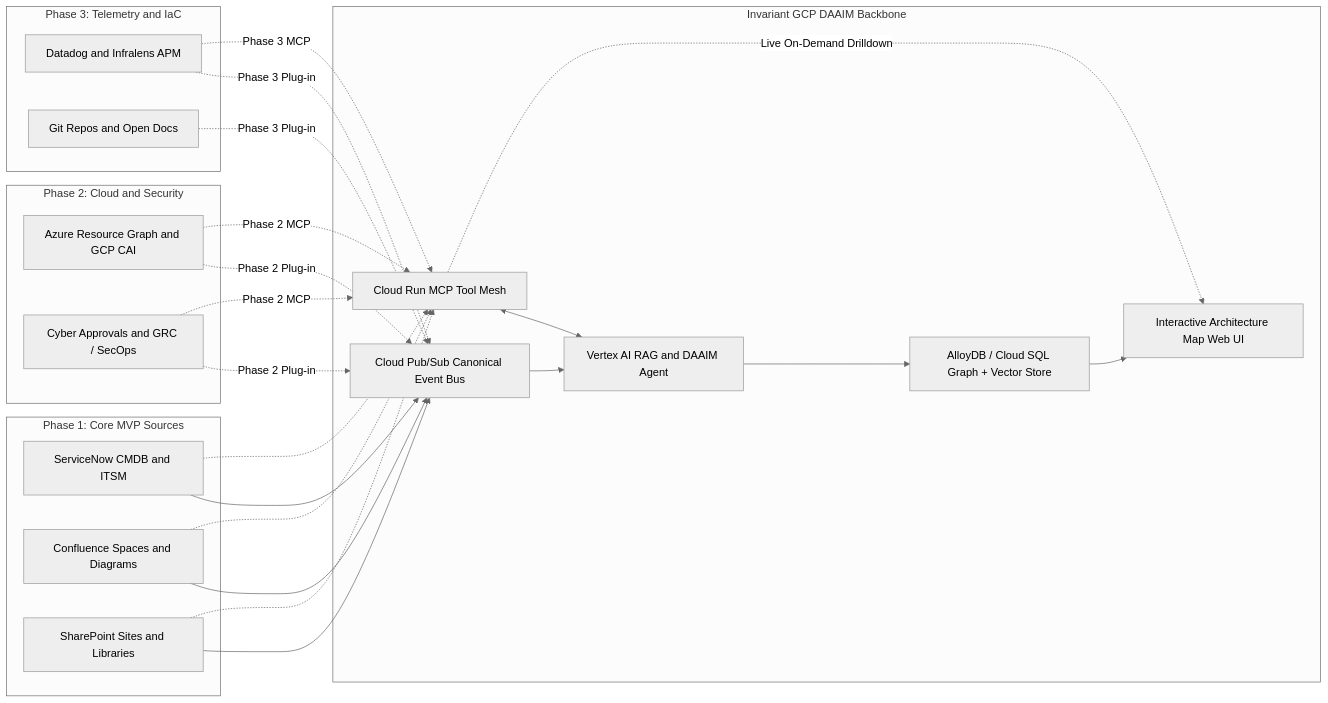
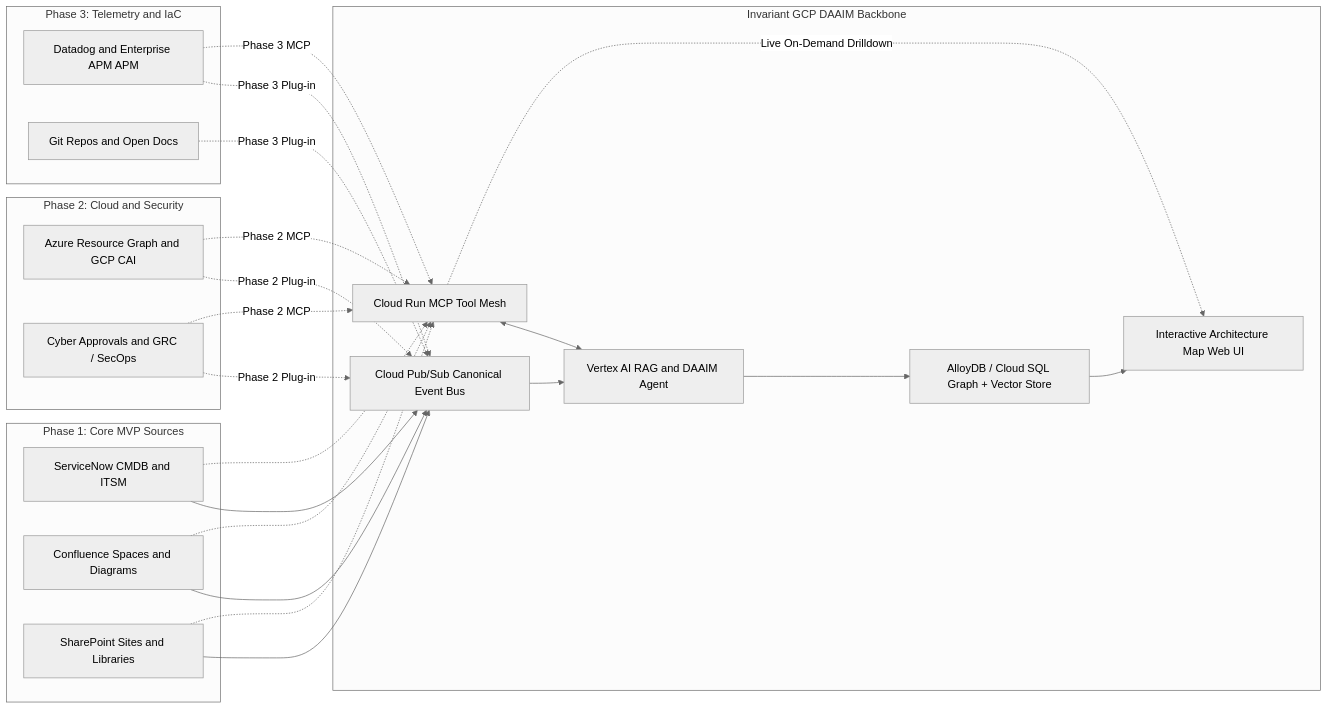
The first of 9 diagrams in docs/daaim_architecture_design_doc.md (ScrappyBeard/DAAIM), drawn with Mermaid (neutral theme) before and after one commit. The commit also changed other lines of this file and 2 other files, not shown here.

````diff
--- a/docs/daaim_architecture_design_doc.md
+++ b/docs/daaim_architecture_design_doc.md
@@ -37,48 +35,48 @@
 ```mermaid
 flowchart LR
     subgraph P1["Phase 1: Core MVP Sources"]
         SNOW["ServiceNow CMDB and ITSM"]
         CONF["Confluence Spaces and Diagrams"]
         SP["SharePoint Sites and Libraries"]
     end
 
     subgraph P2["Phase 2: Cloud and Security"]
         CLOUD["Azure Resource Graph and GCP CAI"]
         GRC["Cyber Approvals and GRC / SecOps"]
     end
 
     subgraph P3["Phase 3: Telemetry and IaC"]
-        OBS["Datadog and Infralens APM"]
+        OBS["Datadog and Enterprise APM APM"]
         GIT["Git Repos and Open Docs"]
     end
 
     subgraph CORE["Invariant GCP DAAIM Backbone"]
         PUBSUB["Cloud Pub/Sub Canonical Event Bus"]
         MCP["Cloud Run MCP Tool Mesh"]
         VERTEX["Vertex AI RAG and DAAIM Agent"]
         STORE["AlloyDB / Cloud SQL Graph + Vector Store"]
         UI["Interactive Architecture Map Web UI"]
     end
 
     SNOW --> PUBSUB
     CONF --> PUBSUB
     SP --> PUBSUB
     SNOW -.-> MCP
     CONF -.-> MCP
     SP -.-> MCP
 
     CLOUD -.->|"Phase 2 Plug-in"| PUBSUB
     GRC -.->|"Phase 2 Plug-in"| PUBSUB
     CLOUD -.->|"Phase 2 MCP"| MCP
     GRC -.->|"Phase 2 MCP"| MCP
 
     OBS -.->|"Phase 3 Plug-in"| PUBSUB
     GIT -.->|"Phase 3 Plug-in"| PUBSUB
     OBS -.->|"Phase 3 MCP"| MCP
 
     PUBSUB --> VERTEX
     MCP <--> VERTEX
     VERTEX --> STORE
     STORE --> UI
     MCP -.->|"Live On-Demand Drilldown"| UI
 ```
````
